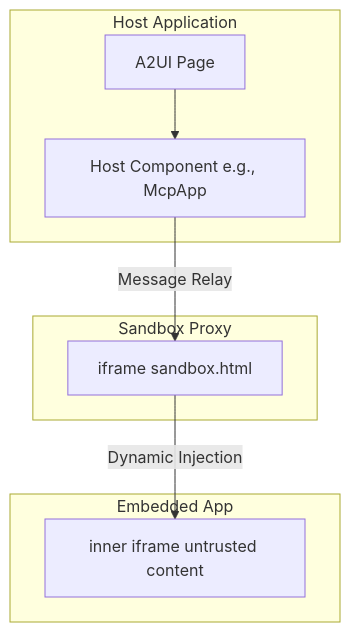
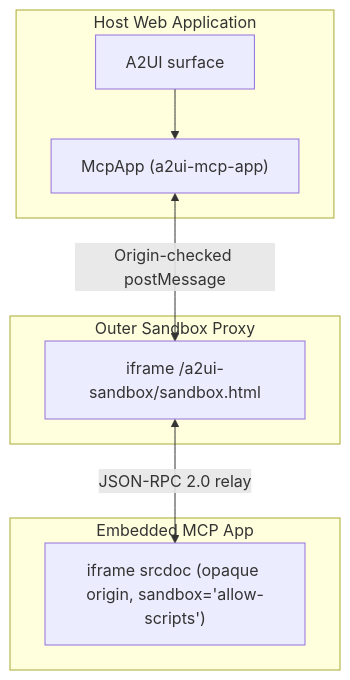
Before and after one commit to a2ui-project/a2ui: the first of 2 diagrams in docs/public/guides/mcp-apps-in-a2ui.md, drawn with Mermaid. The commit also changed other lines of this file and 3 other files, not shown here.

````diff
--- a/docs/public/guides/mcp-apps-in-a2ui.md
+++ b/docs/public/guides/mcp-apps-in-a2ui.md
@@ -36,12 +34,12 @@
 ```mermaid
 flowchart TD
-    subgraph "Host Application"
-        A[A2UI Page] --> B["Host Component e.g., McpApp"]
+    subgraph HostApp ["Host Web Application"]
+        A["A2UI surface"] --> B["McpApp (a2ui-mcp-app)"]
     end
-    subgraph "Sandbox Proxy"
-        B -->|Message Relay| C[iframe sandbox.html]
+    subgraph OuterProxy ["Outer Sandbox Proxy"]
+        B <-->|"Origin-checked postMessage"| C["iframe /a2ui-sandbox/sandbox.html"]
     end
-    subgraph "Embedded App"
-        C -->|Dynamic Injection| D[inner iframe untrusted content]
+    subgraph InnerFrame ["Embedded MCP App"]
+        C <-->|"JSON-RPC 2.0 relay"| D["iframe srcdoc (opaque origin, sandbox='allow-scripts')"]
     end
 ```
````
